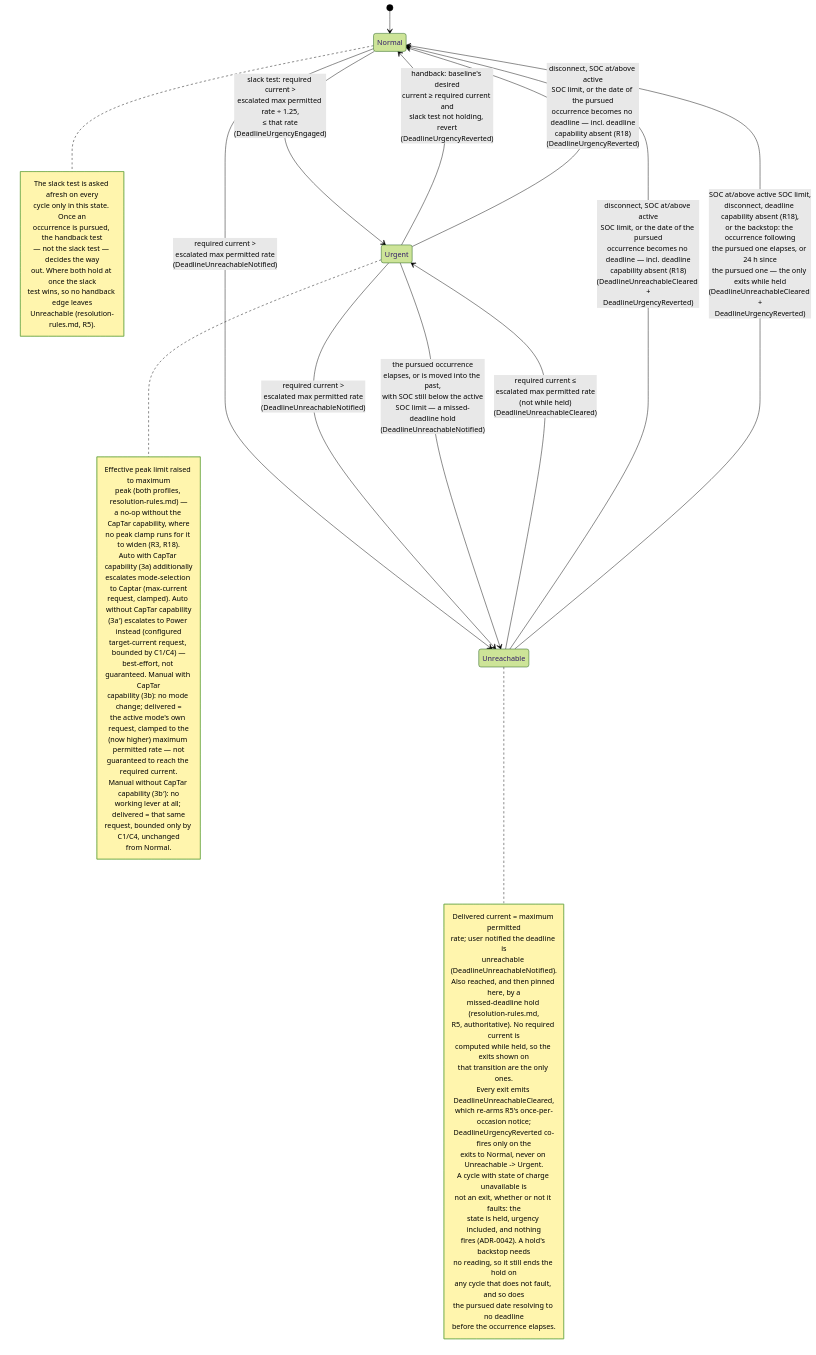
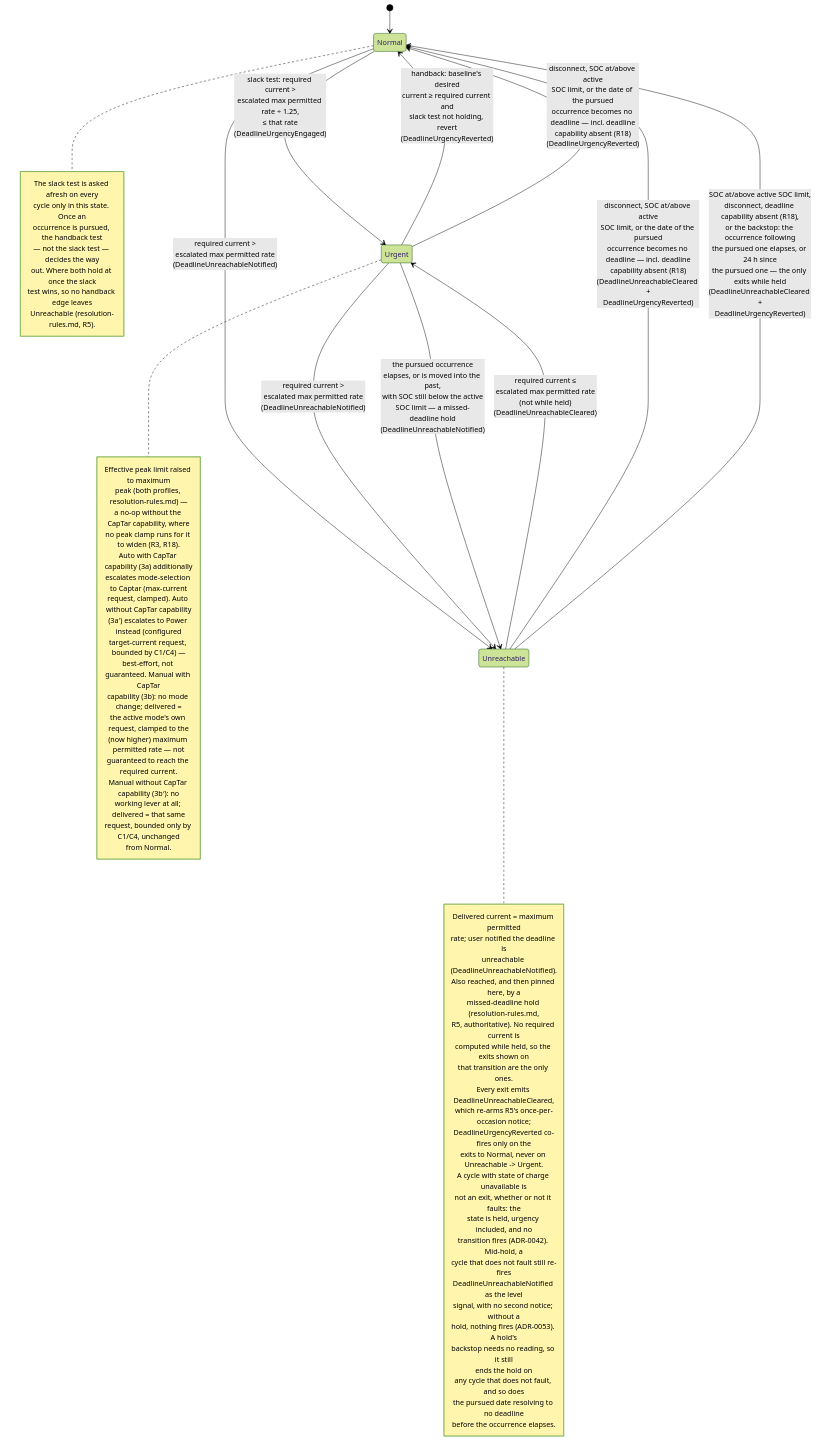
One commit to kristofdegrave/homeassistant-smart-charging changed the diagram in docs/analysis/use-cases/UC05-guarantee-ready-by-departure.md. Above: the diagram before and after it, drawn with Mermaid (forest theme). The commit also changed other lines of this file, not shown here.

Commit message:
docs: UC05 -- a no-reading cycle mid-hold re-fires the onset, as the glossary says (#1478)
UC05's State model said no event fires on a no-reading cycle while a
missed-deadline hold continues. The glossary, UC05's own Domain events
entry and ADR-0053 say the onset re-fires as the level signal. The
`Unreachable` row and the diagram note now say no transition fires,
while a non-fault cycle mid-hold still re-fires DeadlineUnreachableNotified;
without a hold, or on a fault cycle, nothing fires.

````diff
--- a/docs/analysis/use-cases/UC05-guarantee-ready-by-departure.md
+++ b/docs/analysis/use-cases/UC05-guarantee-ready-by-departure.md
@@ -118,64 +118,69 @@
 ```mermaid
 stateDiagram-v2
     [*] --> Normal
     Normal --> Urgent: slack test: required current ><br/>escalated max permitted rate ÷ 1.25,<br/>≤ that rate<br/>(DeadlineUrgencyEngaged)
     Normal --> Unreachable: required current ><br/>escalated max permitted rate<br/>(DeadlineUnreachableNotified)
     Urgent --> Normal: handback: baseline's desired<br/>current ≥ required current and<br/>slack test not holding, revert<br/>(DeadlineUrgencyReverted)
     Urgent --> Unreachable: required current ><br/>escalated max permitted rate<br/>(DeadlineUnreachableNotified)
     Urgent --> Unreachable: the pursued occurrence<br/>elapses, or is moved into the past,<br/>with SOC still below the active<br/>SOC limit — a missed-deadline hold<br/>(DeadlineUnreachableNotified)
     Urgent --> Normal: disconnect, SOC at/above active<br/>SOC limit, or the date of the pursued<br/>occurrence becomes no deadline — incl. deadline<br/>capability absent (R18)<br/>(DeadlineUrgencyReverted)
     Unreachable --> Urgent: required current ≤<br/>escalated max permitted rate<br/>(not while held)<br/>(DeadlineUnreachableCleared)
     Unreachable --> Normal: disconnect, SOC at/above active<br/>SOC limit, or the date of the pursued<br/>occurrence becomes no deadline — incl. deadline<br/>capability absent (R18)<br/>(DeadlineUnreachableCleared +<br/>DeadlineUrgencyReverted)
     Unreachable --> Normal: SOC at/above active SOC limit,<br/>disconnect, deadline capability absent (R18),<br/>or the backstop: the occurrence following<br/>the pursued one elapses, or 24 h since<br/>the pursued one — the only exits while held<br/>(DeadlineUnreachableCleared +<br/>DeadlineUrgencyReverted)
     note right of Normal
         The slack test is asked afresh on every
         cycle only in this state. Once an
         occurrence is pursued, the handback test
         — not the slack test — decides the way
         out. Where both hold at once the slack
         test wins, so no handback edge leaves
         Unreachable (resolution-rules.md, R5).
     end note
     note right of Urgent
         Effective peak limit raised to maximum
         peak (both profiles, resolution-rules.md) —
         a no-op without the CapTar capability, where
         no peak clamp runs for it to widen (R3, R18).
         Auto with CapTar capability (3a) additionally
         escalates mode-selection to Captar (max-current
         request, clamped). Auto without CapTar capability
         (3a′) escalates to Power instead (configured
         target-current request, bounded by C1/C4) —
         best-effort, not guaranteed. Manual with CapTar
         capability (3b): no mode change; delivered =
         the active mode's own request, clamped to the
         (now higher) maximum permitted rate — not
         guaranteed to reach the required current.
         Manual without CapTar capability (3b′): no
         working lever at all; delivered = that same
         request, bounded only by C1/C4, unchanged
         from Normal.
     end note
     note right of Unreachable
         Delivered current = maximum permitted
         rate; user notified the deadline is
         unreachable (DeadlineUnreachableNotified).
         Also reached, and then pinned here, by a
         missed-deadline hold (resolution-rules.md,
         R5, authoritative). No required current is
         computed while held, so the exits shown on
         that transition are the only ones.
         Every exit emits DeadlineUnreachableCleared,
         which re-arms R5's once-per-occasion notice;
         DeadlineUrgencyReverted co-fires only on the
         exits to Normal, never on Unreachable -> Urgent.
         A cycle with state of charge unavailable is
         not an exit, whether or not it faults: the
-        state is held, urgency included, and nothing
-        fires (ADR-0042). A hold's backstop needs
-        no reading, so it still ends the hold on
+        state is held, urgency included, and no
+        transition fires (ADR-0042). Mid-hold, a
+        cycle that does not fault still re-fires
+        DeadlineUnreachableNotified as the level
+        signal, with no second notice; without a
+        hold, nothing fires (ADR-0053). A hold's
+        backstop needs no reading, so it still
+        ends the hold on
         any cycle that does not fault, and so does
         the pursued date resolving to no deadline
         before the occurrence elapses.
     end note
 ```
````
